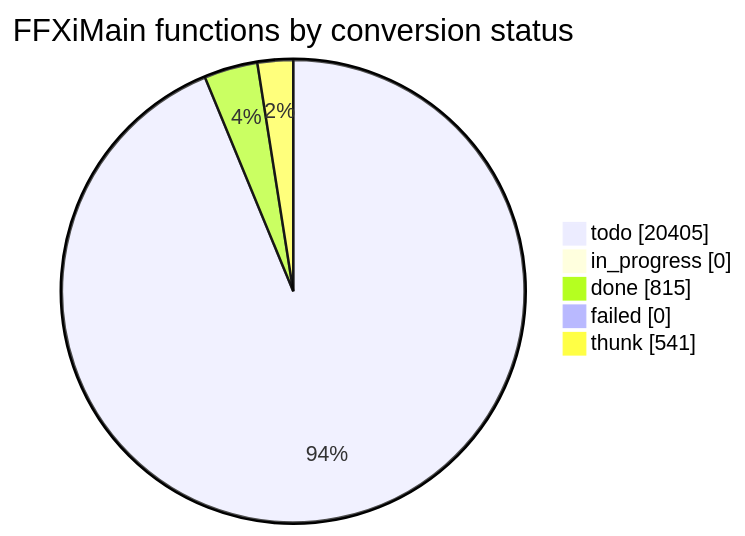
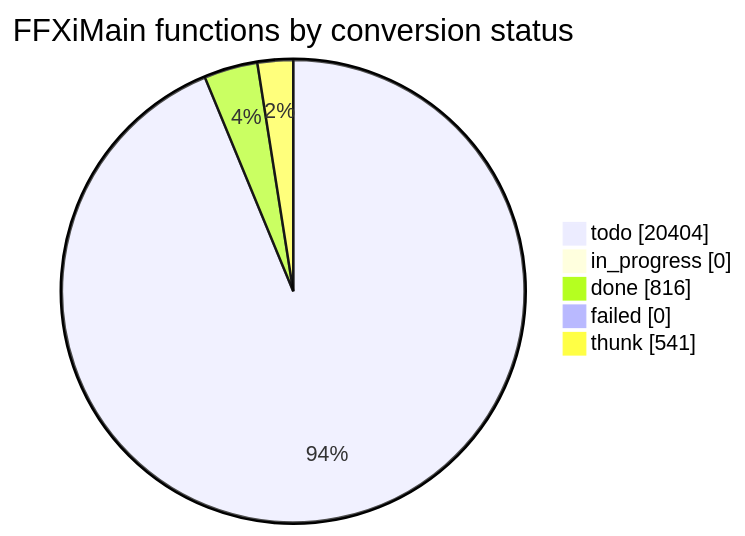
One commit to cowrevenge/cow_kuluu_xi_anything changed the diagram in docs/cow/STATUS.md. Above: the diagram before and after it, drawn with Mermaid. The commit also changed other lines of this file and 9 other files, not shown here.

````diff
--- a/docs/cow/STATUS.md
+++ b/docs/cow/STATUS.md
@@ -18,9 +18,9 @@
 ```mermaid
 pie showData
     title FFXiMain functions by conversion status
-    "todo" : 20405
+    "todo" : 20404
     "in_progress" : 0
-    "done" : 815
+    "done" : 816
     "failed" : 0
     "thunk" : 541
 ```
````
